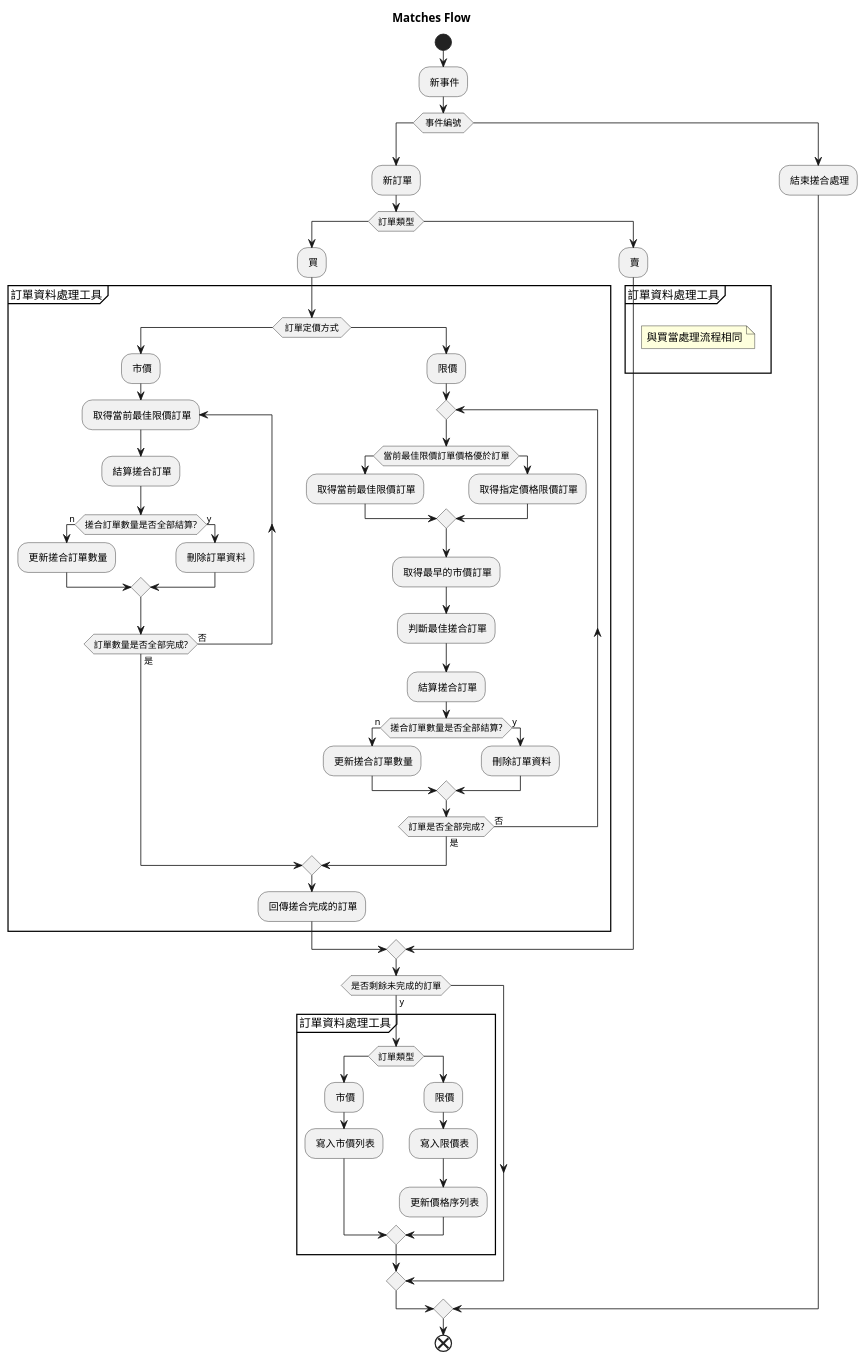
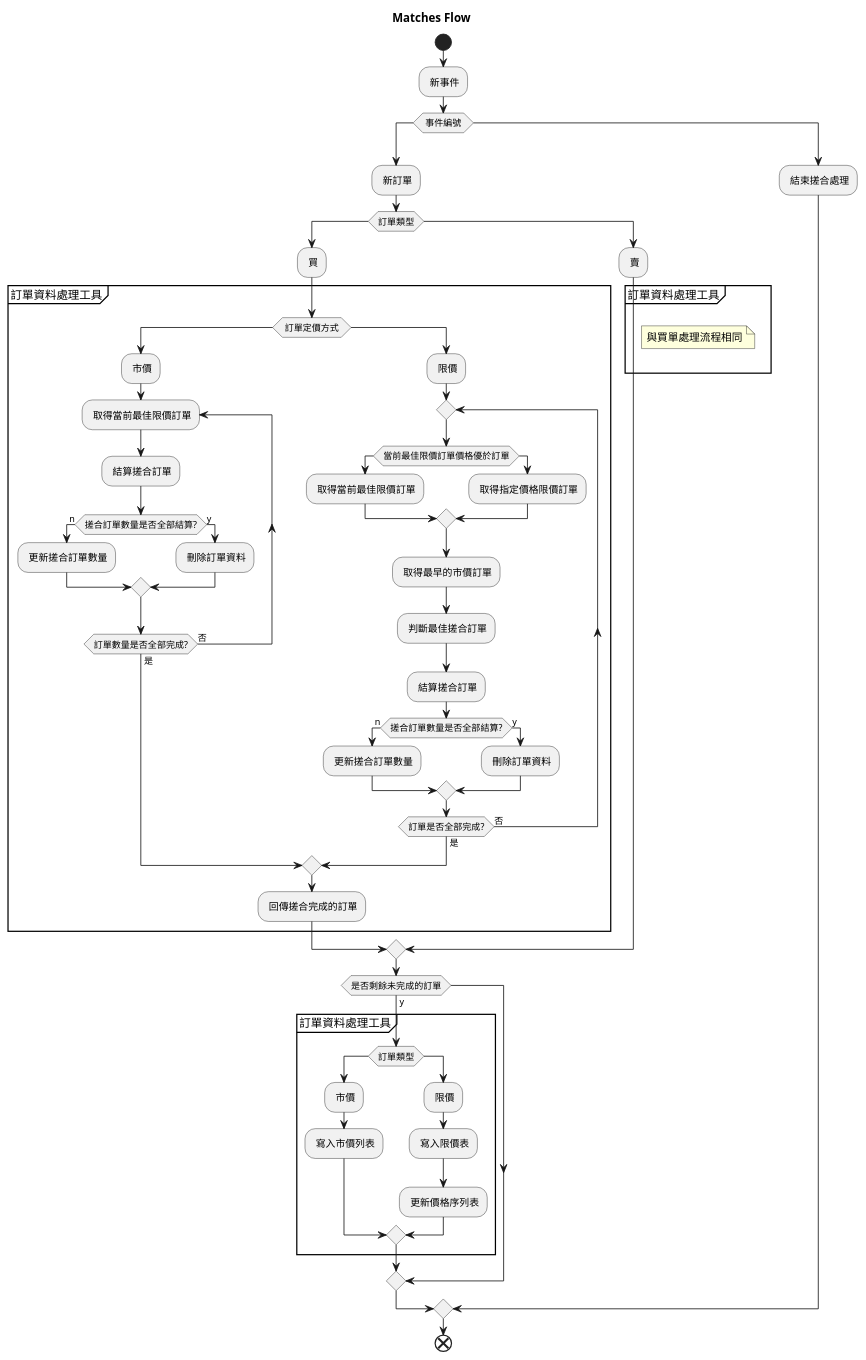
One commit to yangioc/fortest changed the diagram in MatchesFlow.plantuml. Above: the diagram before and after it, drawn with PlantUML. The commit also changed 1 other file, not shown here.

Commit message:
調整 uml 文字

```diff
--- a/MatchesFlow.plantuml
+++ b/MatchesFlow.plantuml
@@ -1,77 +1,77 @@
 @startuml
 start
 title Matches Flow
 : 新事件;
 switch ( 事件編號 )
 case (  )
     : 新訂單;
 
     switch (訂單類型)
     case ()
         : 買;
 
         partition 訂單資料處理工具 {
             switch ( 訂單定價方式 )
             case ()
                 : 市價;
 
                 repeat : 取得當前最佳限價訂單;
                 : 結算搓合訂單;
                 if (搓合訂單數量是否全部結算?) then (n)
                     : 更新搓合訂單數量;
                 else (y)
                     : 刪除訂單資料;
                 endif
                 repeat while (訂單數量是否全部完成?) is (否) not (是)
             case ()
                 : 限價;
 
                 repeat
                 if (當前最佳限價訂單價格優於訂單) then
                     : 取得當前最佳限價訂單;
                 else   
                     : 取得指定價格限價訂單;
                 endif
                 : 取得最早的市價訂單;
 
 
                 : 判斷最佳搓合訂單;
                 : 結算搓合訂單;
                 if (搓合訂單數量是否全部結算?) then (n)
                     : 更新搓合訂單數量;
                 else (y)
                     : 刪除訂單資料;
                 endif
                 repeat while (訂單是否全部完成?) is (否) not (是)
             endswitch
             
             : 回傳搓合完成的訂單;
         }
 
     case ()
         : 賣;
         partition 訂單資料處理工具 {
             note right
-            與買當處理流程相同
+            與買單處理流程相同
             endnote 
         }
     endswitch
 
     if (是否剩餘未完成的訂單) then (y)
          partition 訂單資料處理工具 {
             switch (訂單類型)
             case ()
                 : 市價;
                 : 寫入市價列表;
             case ()
                 : 限價;
                 : 寫入限價表;
                 : 更新價格序列表;
             endswitch
          }
     endif
 case (  )
     : 結束搓合處理;
 endswitch
 end
 @enduml
```
